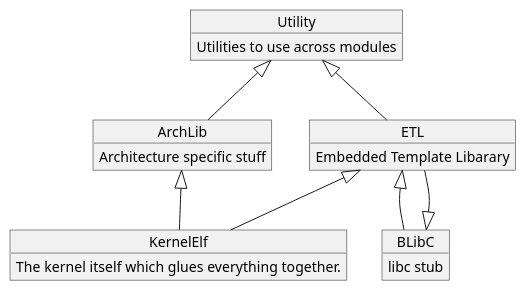
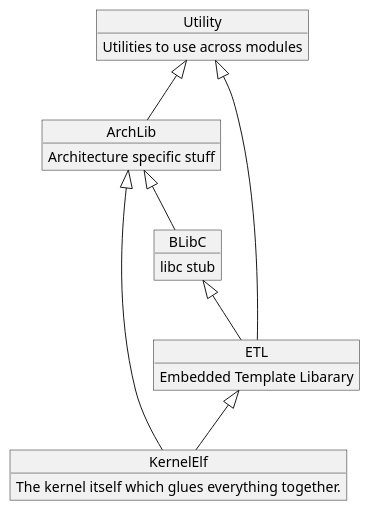
The diagram in Docs/ModuleDiagram.puml (cbladt/BladtOS), drawn with PlantUML before and after one commit.

```diff
--- a/Docs/ModuleDiagram.puml
+++ b/Docs/ModuleDiagram.puml
@@ -1,29 +1,29 @@
 @startuml
 
 object KernelElf
 KernelElf : The kernel itself which glues everything together.
 
 object BLibC
 BLibC : libc stub
 
 object ArchLib
 ArchLib : Architecture specific stuff
 
 object Utility
 Utility : Utilities to use across modules
 
 object ETL
 ETL : Embedded Template Libarary
 
 BLibC <|-- ETL
 
 ArchLib <|-- KernelElf
+ArchLib <|-- BLibC
 
 ETL <|-- KernelElf
-ETL <|-- BLibC
 
 Utility <|-- ArchLib
 Utility <|-- ETL
 
 
 @enduml
```
